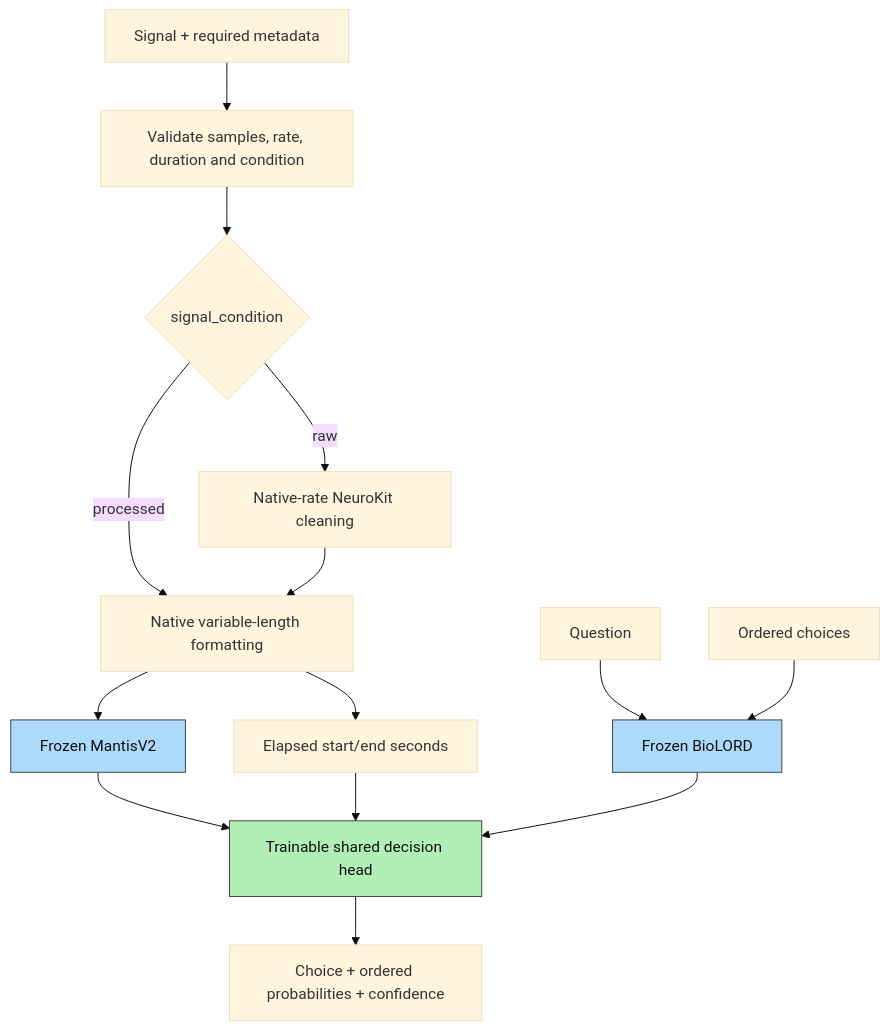
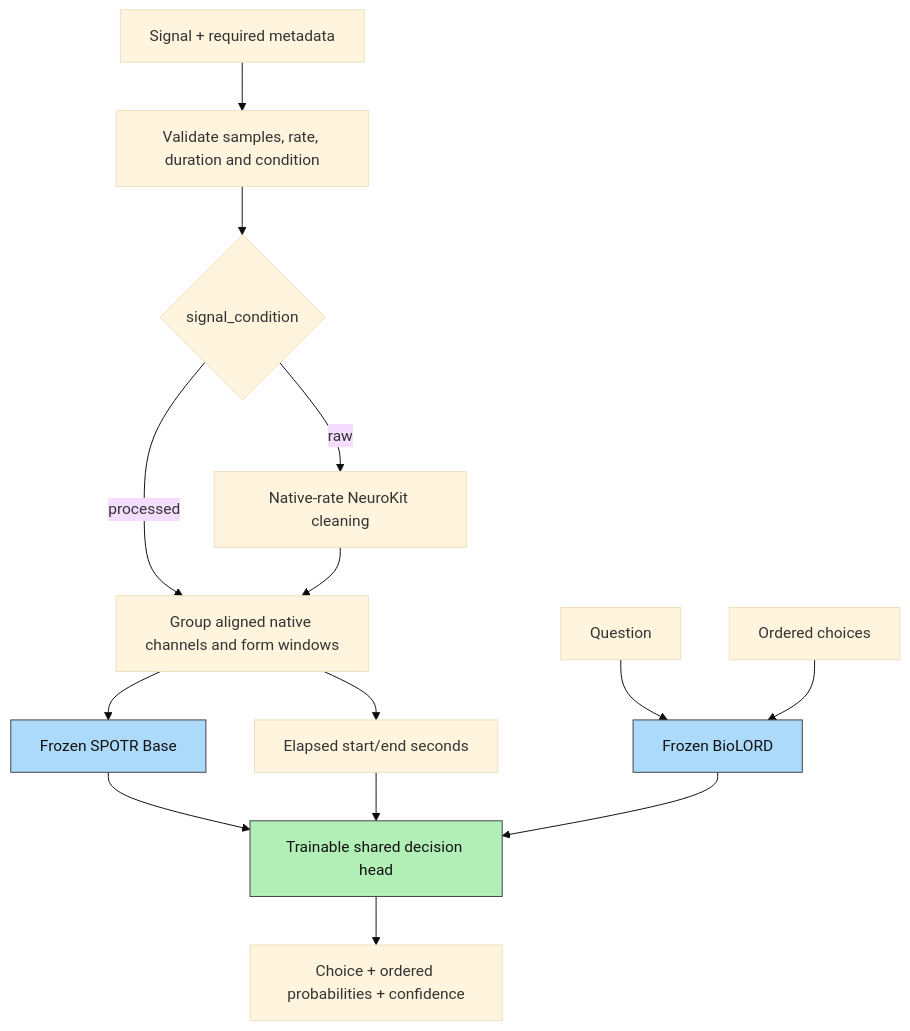
The diagram in docs/architecture-fix.md (yeabwang/paya), drawn with Mermaid (base theme) before and after one commit. The commit also changed other lines of this file and 32 other files, not shown here.

````diff
--- a/docs/architecture-fix.md
+++ b/docs/architecture-fix.md
@@ -5,20 +5,20 @@
 ```mermaid
 flowchart TD
     S[Signal + required metadata] --> V[Validate samples, rate, duration and condition]
     V --> C{signal_condition}
     C -->|raw| N[Native-rate NeuroKit cleaning]
-    C -->|processed| F[Native variable-length formatting]
+    C -->|processed| F[Group aligned native channels and form windows]
     N --> F
-    F --> E[Frozen MantisV2]
+    F --> E[Frozen SPOTR Base]
     F --> I[Elapsed start/end seconds]
     E --> H[Trainable shared decision head]
     I --> H
     Q[Question] --> T[Frozen BioLORD]
     A[Ordered choices] --> T
     T --> H
     H --> O[Choice + ordered probabilities + confidence]
     classDef frozen fill:#acdafa,stroke:#404040,color:#111;
     classDef trainable fill:#b2efb7,stroke:#404040,color:#111;
     class E,T frozen;
     class H trainable;
 ```
````
